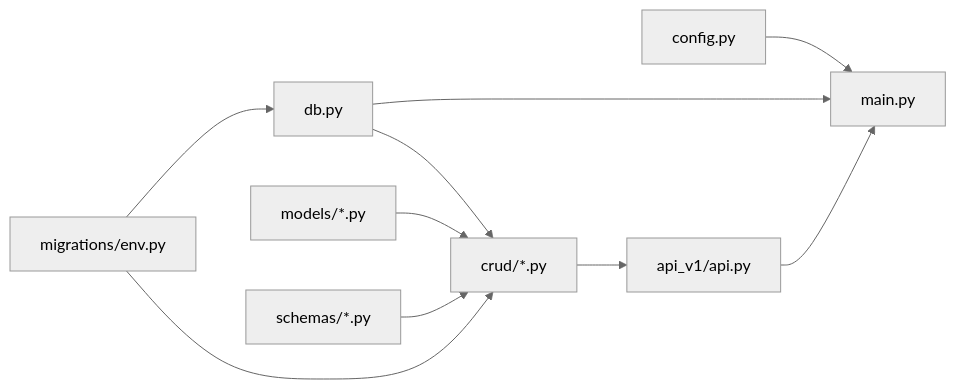
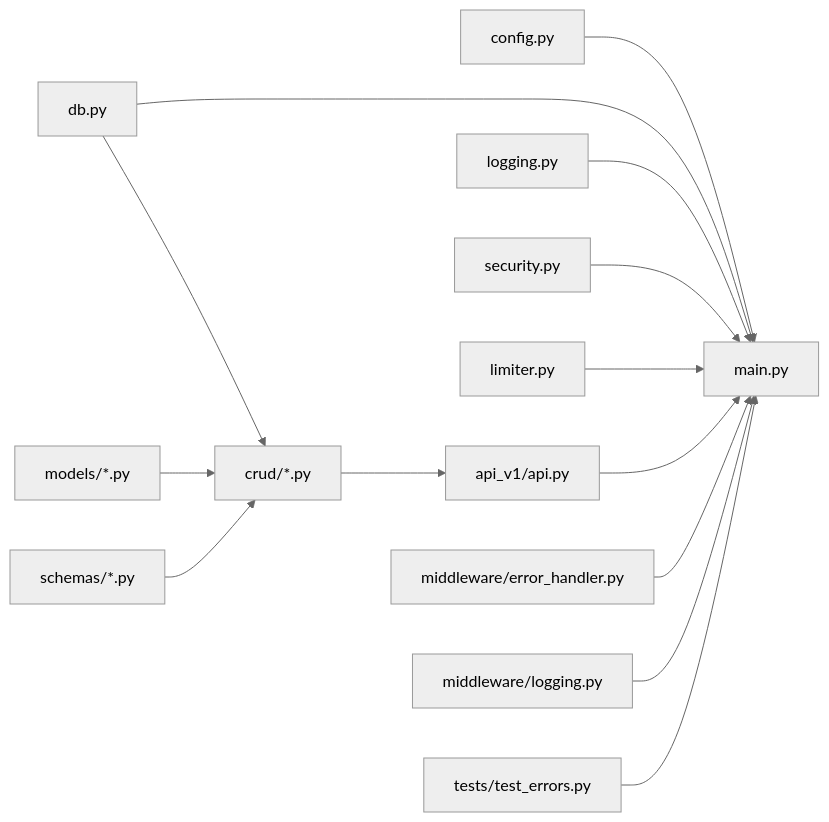
One commit to ss8806/Todos changed the third of 3 diagrams in .qoder/repowiki/ja/content/バックエンド開発.md. Above: the diagram before and after it, drawn with Mermaid (neutral theme). The commit also changed other lines of this file and 6 other files, not shown here.

````diff
--- a/.qoder/repowiki/ja/content/バックエンド開発.md
+++ b/.qoder/repowiki/ja/content/バックエンド開発.md
@@ -415,12 +565,16 @@
 ```mermaid
 graph LR
 CONFIG["config.py"] --> MAIN["main.py"]
 DB["db.py"] --> MAIN
 DB --> CRUD["crud/*.py"]
+LOGGING["logging.py"] --> MAIN
+SECURITY["security.py"] --> MAIN
+LIMITER["limiter.py"] --> MAIN
 MODELS["models/*.py"] --> CRUD
 SCHEMAS["schemas/*.py"] --> CRUD
 CRUD --> API["api_v1/api.py"]
 API --> MAIN
-MIGRATIONS["migrations/env.py"] --> DB
-MIGRATIONS --> CRUD
+ERROR_HANDLER["middleware/error_handler.py"] --> MAIN
+LOGGING_MW["middleware/logging.py"] --> MAIN
+TESTS["tests/test_errors.py"] --> MAIN
 ```
````
